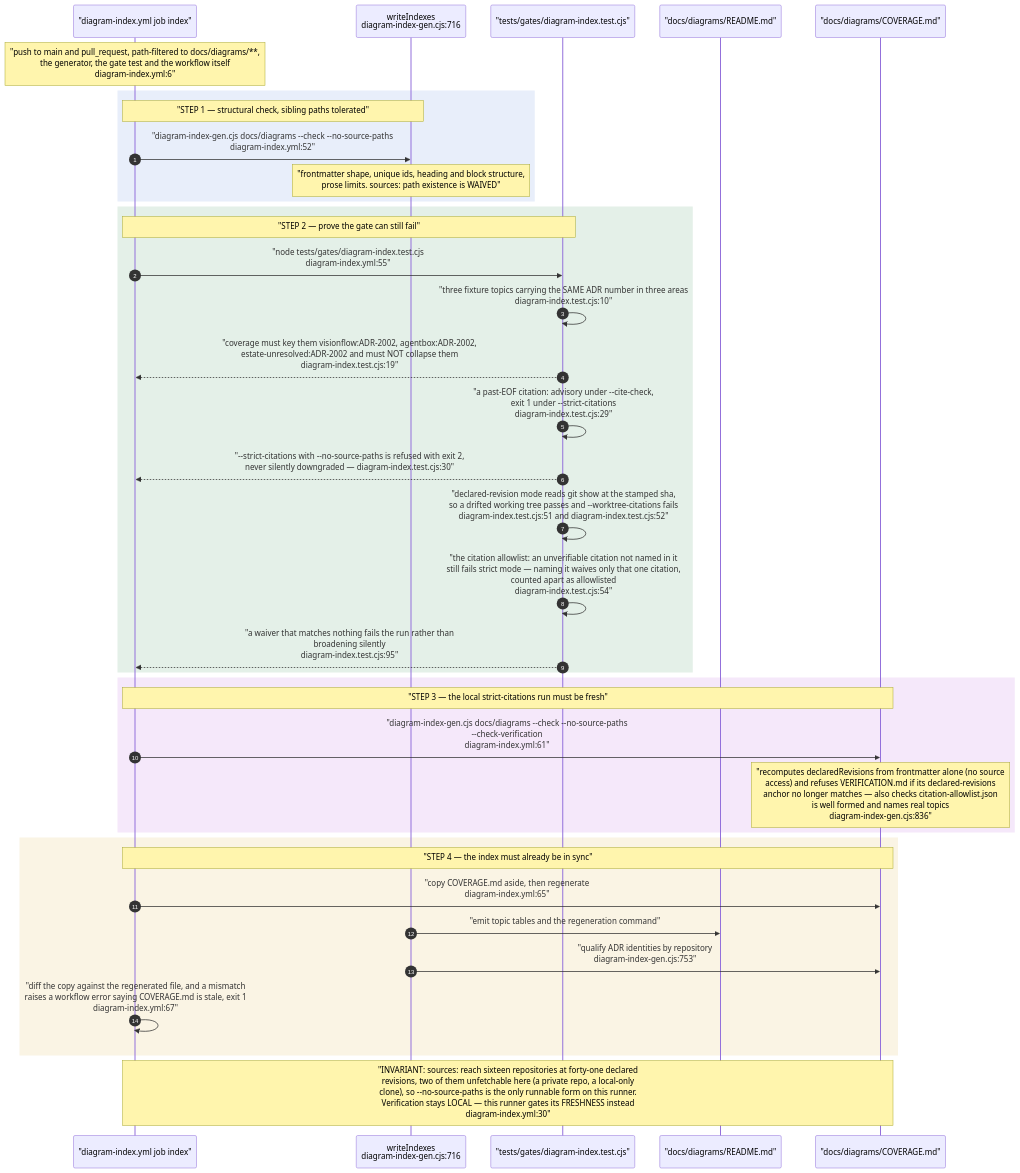
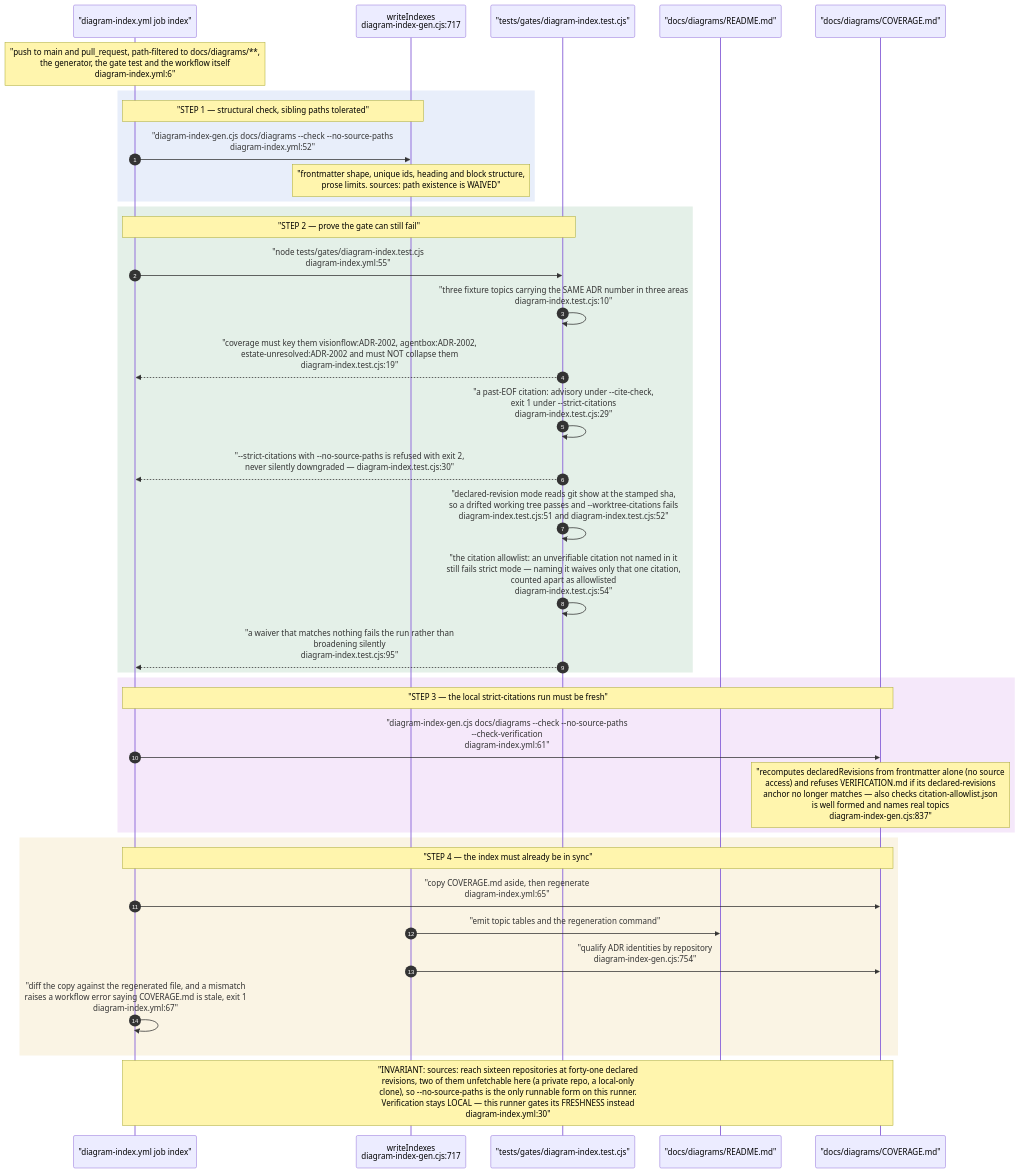
Before and after one commit to DreamLab-AI/VisionFlow: diagram 12 of 14 in docs/diagrams/visionflow/06-diagram-tooling.md, drawn with Mermaid. The commit also changed other lines of this file and 80 other files, not shown here.

First line of the commit message:
docs(diagrams): re-verify the agentbox, dreamlab, estate and visionflow corpus against current sources

````diff
--- a/docs/diagrams/visionflow/06-diagram-tooling.md
+++ b/docs/diagrams/visionflow/06-diagram-tooling.md
@@ -376,45 +376,45 @@
 ```mermaid
 sequenceDiagram
     autonumber
     participant CI as "diagram-index.yml job index"
-    participant G as writeIndexes<br/>diagram-index-gen.cjs:716
+    participant G as writeIndexes<br/>diagram-index-gen.cjs:717
     participant T as "tests/gates/diagram-index.test.cjs"
     participant RM as "docs/diagrams/README.md"
     participant CV as "docs/diagrams/COVERAGE.md"
 
     Note over CI: "push to main and pull_request, path-filtered to docs/diagrams/**,<br/>the generator, the gate test and the workflow itself<br/>diagram-index.yml:6"
 
     rect rgb(232, 238, 250)
     Note over CI,G: "STEP 1 — structural check, sibling paths tolerated"
     CI->>G: "diagram-index-gen.cjs docs/diagrams --check --no-source-paths<br/>diagram-index.yml:52"
     Note over G: "frontmatter shape, unique ids, heading and block structure,<br/>prose limits. sources: path existence is WAIVED"
     end
 
     rect rgb(228, 240, 232)
     Note over CI,T: "STEP 2 — prove the gate can still fail"
     CI->>T: "node tests/gates/diagram-index.test.cjs<br/>diagram-index.yml:55"
     T->>T: "three fixture topics carrying the SAME ADR number in three areas<br/>diagram-index.test.cjs:10"
     T-->>CI: "coverage must key them visionflow:ADR-2002, agentbox:ADR-2002,<br/>estate-unresolved:ADR-2002 and must NOT collapse them<br/>diagram-index.test.cjs:19"
     T->>T: "a past-EOF citation: advisory under --cite-check,<br/>exit 1 under --strict-citations<br/>diagram-index.test.cjs:29"
     T-->>CI: "--strict-citations with --no-source-paths is refused with exit 2,<br/>never silently downgraded — diagram-index.test.cjs:30"
     T->>T: "declared-revision mode reads git show at the stamped sha,<br/>so a drifted working tree passes and --worktree-citations fails<br/>diagram-index.test.cjs:51 and diagram-index.test.cjs:52"
     T->>T: "the citation allowlist: an unverifiable citation not named in it<br/>still fails strict mode — naming it waives only that one citation,<br/>counted apart as allowlisted<br/>diagram-index.test.cjs:54"
     T-->>CI: "a waiver that matches nothing fails the run rather than<br/>broadening silently<br/>diagram-index.test.cjs:95"
     end
 
     rect rgb(245, 232, 250)
     Note over CI,CV: "STEP 3 — the local strict-citations run must be fresh"
     CI->>CV: "diagram-index-gen.cjs docs/diagrams --check --no-source-paths<br/>--check-verification<br/>diagram-index.yml:61"
-    Note over CV: "recomputes declaredRevisions from frontmatter alone (no source<br/>access) and refuses VERIFICATION.md if its declared-revisions<br/>anchor no longer matches — also checks citation-allowlist.json<br/>is well formed and names real topics<br/>diagram-index-gen.cjs:836"
+    Note over CV: "recomputes declaredRevisions from frontmatter alone (no source<br/>access) and refuses VERIFICATION.md if its declared-revisions<br/>anchor no longer matches — also checks citation-allowlist.json<br/>is well formed and names real topics<br/>diagram-index-gen.cjs:837"
     end
 
     rect rgb(250, 244, 228)
     Note over CI,CV: "STEP 4 — the index must already be in sync"
     CI->>CV: "copy COVERAGE.md aside, then regenerate<br/>diagram-index.yml:65"
     G->>RM: "emit topic tables and the regeneration command"
-    G->>CV: "qualify ADR identities by repository<br/>diagram-index-gen.cjs:753"
+    G->>CV: "qualify ADR identities by repository<br/>diagram-index-gen.cjs:754"
     CI->>CI: "diff the copy against the regenerated file, and a mismatch<br/>raises a workflow error saying COVERAGE.md is stale, exit 1<br/>diagram-index.yml:67"
     end
 
     Note over CI,CV: "INVARIANT: sources: reach sixteen repositories at forty-one declared<br/>revisions, two of them unfetchable here (a private repo, a local-only<br/>clone), so --no-source-paths is the only runnable form on this runner.<br/>Verification stays LOCAL — this runner gates its FRESHNESS instead<br/>diagram-index.yml:30"
 ```
````
